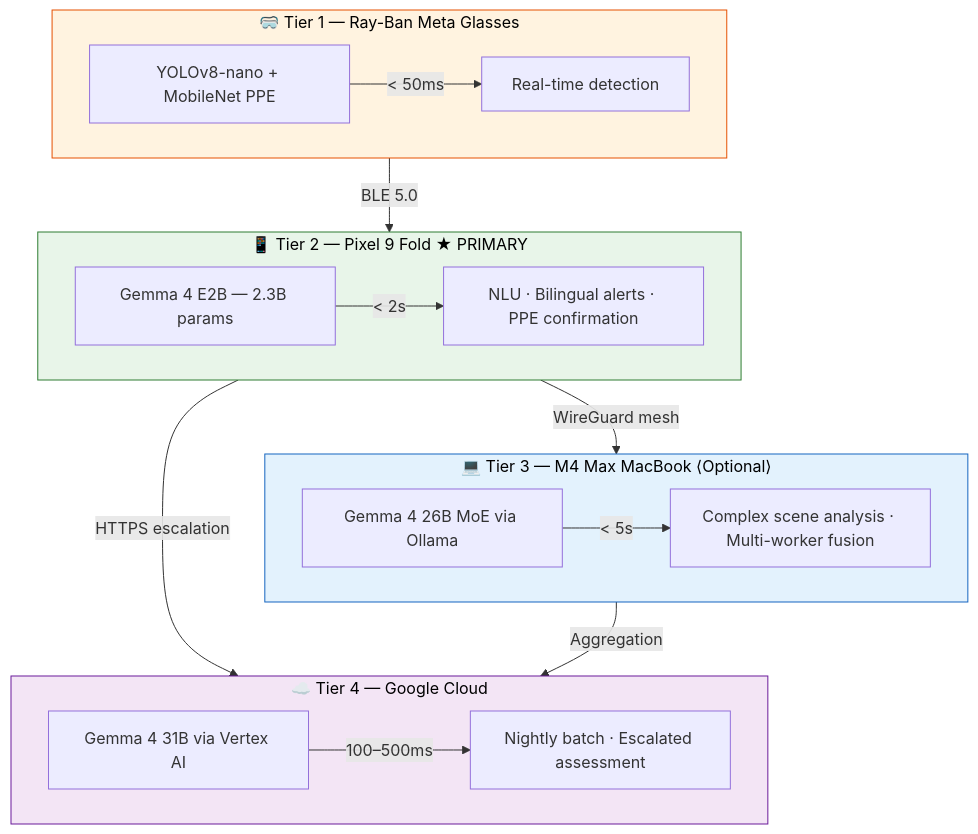
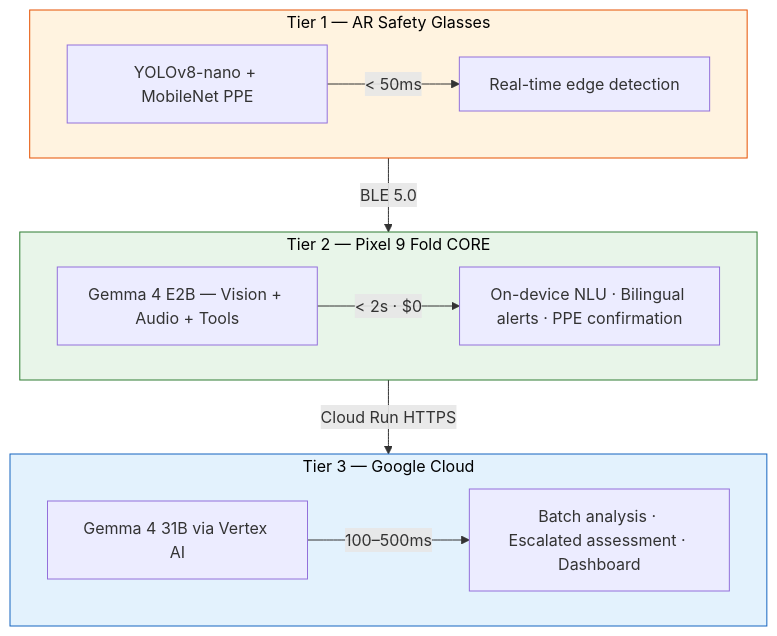
Before and after one commit to AlexiosBluffMara/Duchess: the diagram in README.md, drawn with Mermaid. The commit also changed other lines of this file and 15 other files, not shown here.

````diff
--- a/README.md
+++ b/README.md
@@ -32,32 +37,24 @@
 ```mermaid
 flowchart TB
-    subgraph Tier1["🥽 Tier 1 — Ray-Ban Meta Glasses"]
+    subgraph Tier1["Tier 1 — AR Safety Glasses"]
         G[YOLOv8-nano + MobileNet PPE]
-        G -->|"< 50ms"| G1[Real-time detection]
+        G -->|"< 50ms"| G1[Real-time edge detection]
     end
 
-    subgraph Tier2["📱 Tier 2 — Pixel 9 Fold  ★ PRIMARY"]
-        P[Gemma 4 E2B — 2.3B params]
-        P -->|"< 2s"| P1[NLU · Bilingual alerts · PPE confirmation]
+    subgraph Tier2["Tier 2 — Pixel 9 Fold  CORE"]
+        P[Gemma 4 E2B — Vision + Audio + Tools]
+        P -->|"< 2s · $0"| P1[On-device NLU · Bilingual alerts · PPE confirmation]
     end
 
-    subgraph Tier3["💻 Tier 3 — M4 Max MacBook  ⟨Optional⟩"]
-        M[Gemma 4 26B MoE via Ollama]
-        M -->|"< 5s"| M1[Complex scene analysis · Multi-worker fusion]
-    end
-
-    subgraph Tier4["☁️ Tier 4 — Google Cloud"]
+    subgraph Tier3["Tier 3 — Google Cloud"]
         C[Gemma 4 31B via Vertex AI]
-        C -->|"100–500ms"| C1[Nightly batch · Escalated assessment]
+        C -->|"100–500ms"| C1[Batch analysis · Escalated assessment · Dashboard]
     end
 
     Tier1 -->|BLE 5.0| Tier2
-    Tier2 -->|WireGuard mesh| Tier3
-    Tier2 -->|HTTPS escalation| Tier4
-    Tier3 -->|Aggregation| Tier4
+    Tier2 -->|Cloud Run HTTPS| Tier3
 
     style Tier1 fill:#fff3e0,stroke:#e65100,color:#000
     style Tier2 fill:#e8f5e9,stroke:#2e7d32,color:#000
     style Tier3 fill:#e3f2fd,stroke:#1565c0,color:#000
-    style Tier4 fill:#f3e5f5,stroke:#6a1b9a,color:#000
 ```
````
